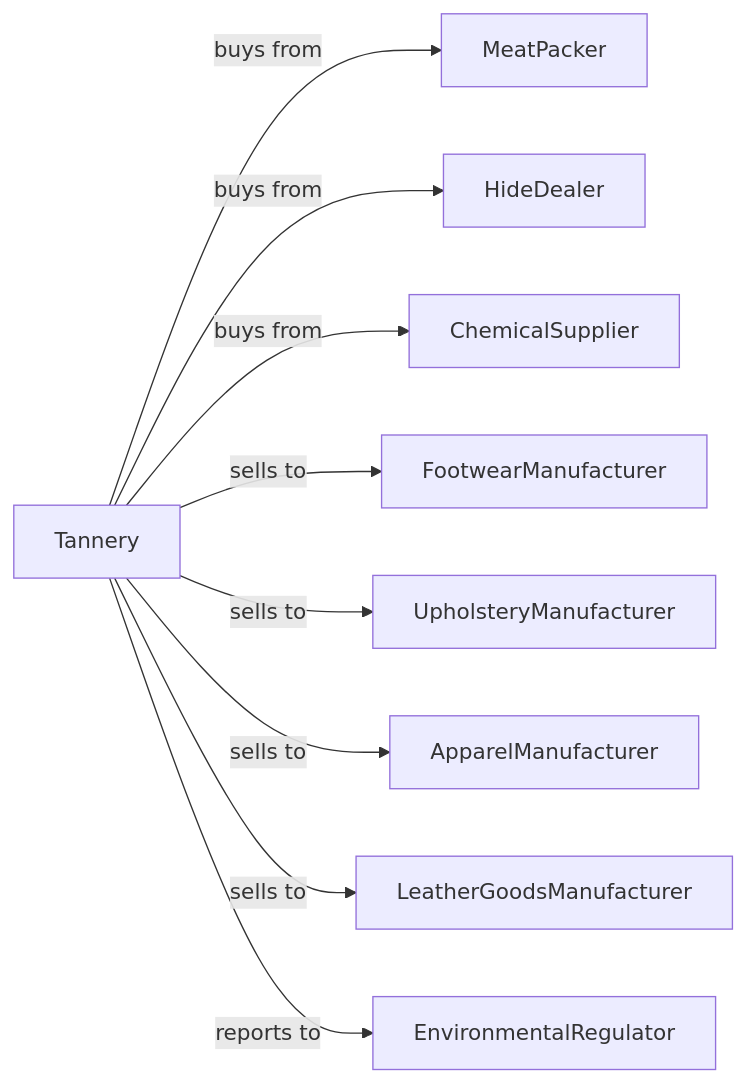
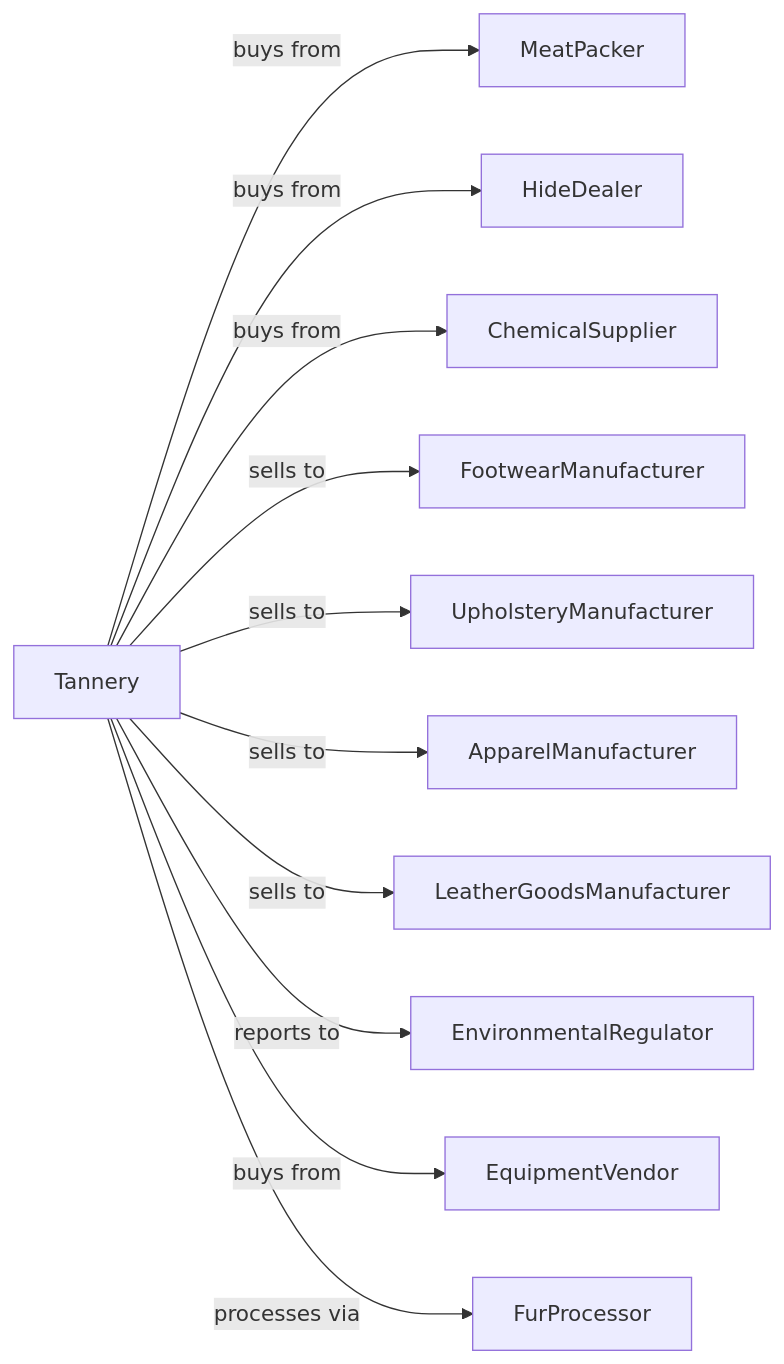
The second of 2 diagrams in Manufacturing/LeatherAndAlliedProductManufacturing/LeatherAndHideTanningAndFinishing/LeatherAndHideTanningAndFinishing.mdx (dot-org-ai/industries.org.ai), drawn with Mermaid before and after one commit. The commit also changed 588 other files, not shown here.

````diff
--- a/Manufacturing/LeatherAndAlliedProductManufacturing/LeatherAndHideTanningAndFinishing/LeatherAndHideTanningAndFinishing.mdx
+++ b/Manufacturing/LeatherAndAlliedProductManufacturing/LeatherAndHideTanningAndFinishing/LeatherAndHideTanningAndFinishing.mdx
@@ -138,13 +138,15 @@
 ```mermaid
 graph LR
     T[Tannery]
 
     T -->|buys from| MeatPacker
     T -->|buys from| HideDealer
     T -->|buys from| ChemicalSupplier
     T -->|sells to| FootwearManufacturer
     T -->|sells to| UpholsteryManufacturer
     T -->|sells to| ApparelManufacturer
     T -->|sells to| LeatherGoodsManufacturer
     T -->|reports to| EnvironmentalRegulator
+    T -->|buys from| EquipmentVendor
+    T -->|processes via| FurProcessor
 ```
````
